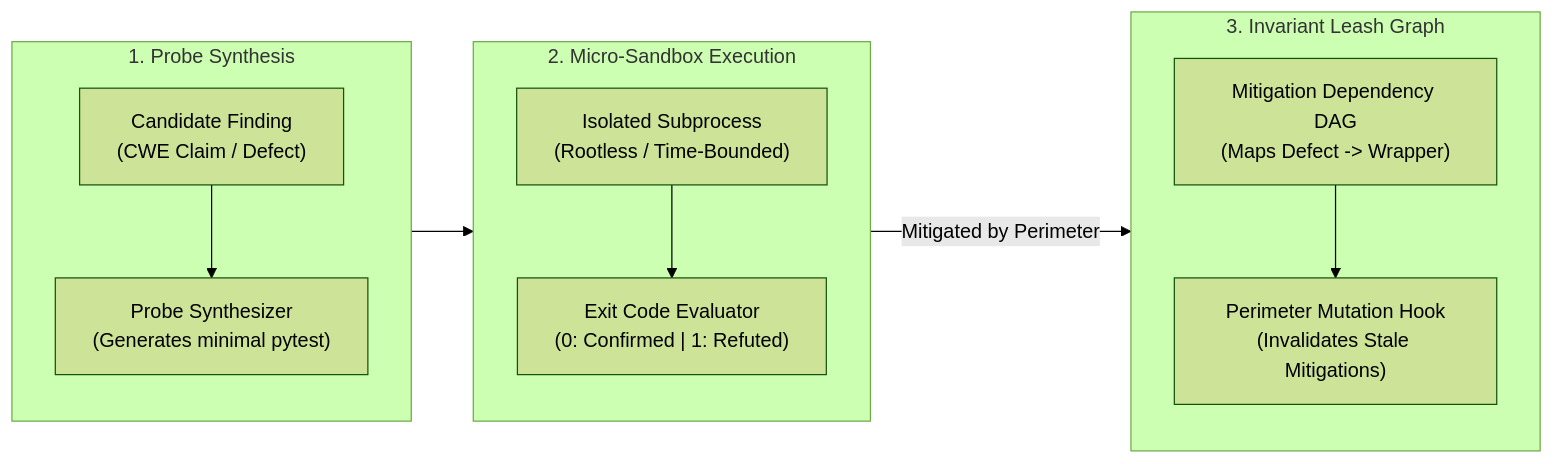
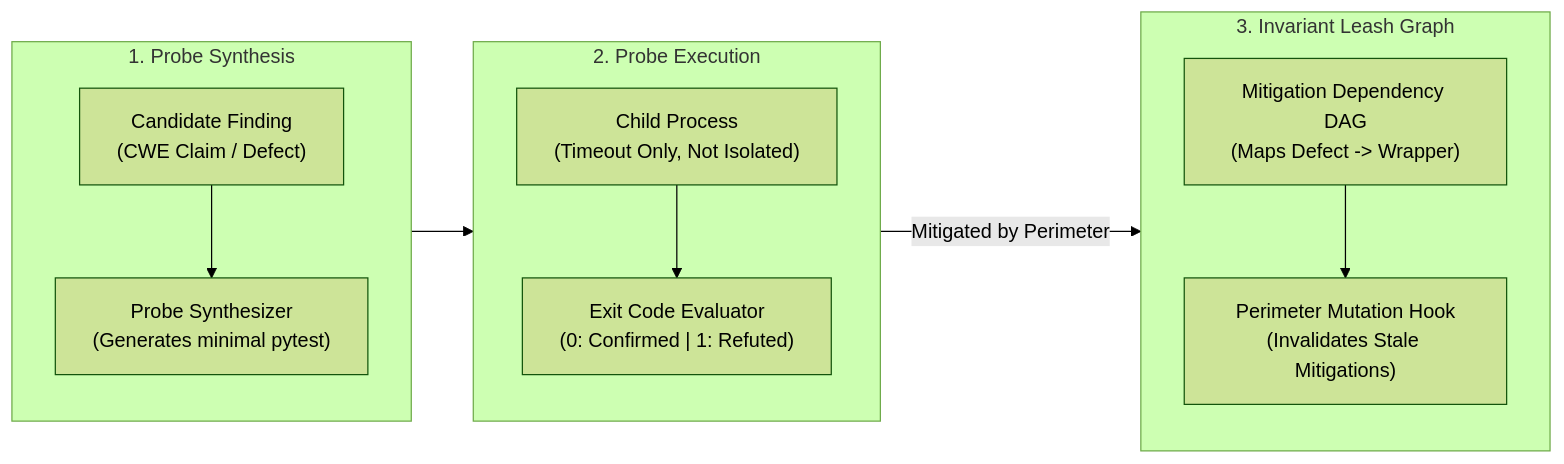
The diagram in patterns/kinetic-exploit-probes-and-invariant-leashing.md (dan-petty/vibes), drawn with Mermaid (forest theme) before and after one commit. The commit also changed other lines of this file and 248 other files, not shown here.

````diff
--- a/patterns/kinetic-exploit-probes-and-invariant-leashing.md
+++ b/patterns/kinetic-exploit-probes-and-invariant-leashing.md
@@ -27,26 +27,26 @@
 ```mermaid
 flowchart LR
     subgraph Synthesis ["1. Probe Synthesis"]
         direction TB
         Finding["Candidate Finding<br/>(CWE Claim / Defect)"]
         Synthesizer["Probe Synthesizer<br/>(Generates minimal pytest)"]
         Finding --> Synthesizer
     end
 
-    subgraph Sandbox ["2. Micro-Sandbox Execution"]
+    subgraph Sandbox ["2. Probe Execution"]
         direction TB
-        IsolatedSubprocess["Isolated Subprocess<br/>(Rootless / Time-Bounded)"]
+        IsolatedSubprocess["Child Process<br/>(Timeout Only, Not Isolated)"]
         ExitEvaluation["Exit Code Evaluator<br/>(0: Confirmed | 1: Refuted)"]
         IsolatedSubprocess --> ExitEvaluation
     end
 
     subgraph InvariantTracking ["3. Invariant Leash Graph"]
         direction TB
         MitigationDAG["Mitigation Dependency DAG<br/>(Maps Defect -> Wrapper)"]
         FileWatcher["Perimeter Mutation Hook<br/>(Invalidates Stale Mitigations)"]
         MitigationDAG --> FileWatcher
     end
 
     Synthesis --> Sandbox
     Sandbox -->|"Mitigated by Perimeter"| InvariantTracking
 ```
````
